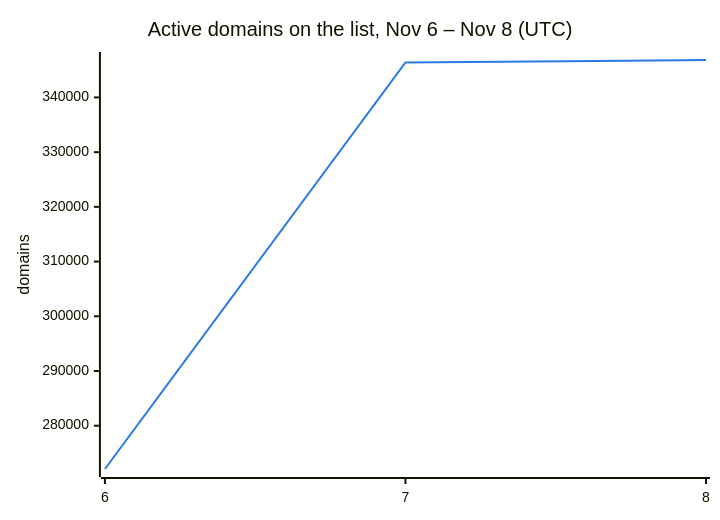
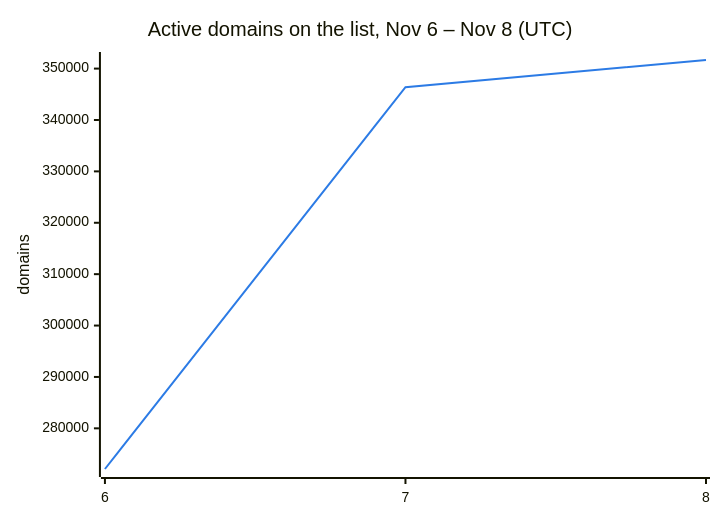
The second of 3 diagrams in README.md (DNSBunker/CTI), drawn with Mermaid before and after one commit. The commit also changed other lines of this file and 3 other files, not shown here.

````diff
--- a/README.md
+++ b/README.md
@@ -38,8 +38,8 @@
 ```mermaid
 %%{init: {"themeVariables": {"xyChart": {"plotColorPalette": "#2c7be5"}}}}%%
 xychart-beta
     title "Active domains on the list, Nov 6 – Nov 8 (UTC)"
     x-axis ["6", "7", "8"]
     y-axis "domains"
-    line [272088, 346388, 346842]
+    line [272088, 346388, 351672]
 ```
````
